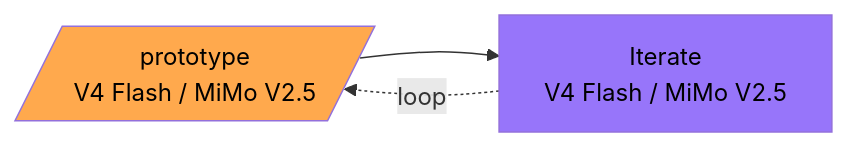
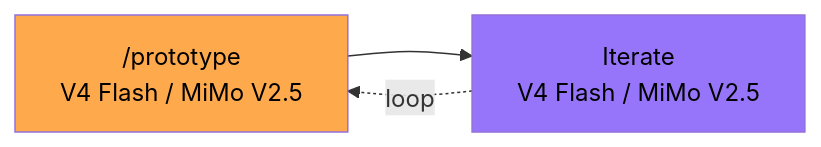
One commit to elisharkray1030/ai-coding-workflow changed the fifth of 5 diagrams in README.md. Above: the diagram before and after it, drawn with Mermaid. The commit also changed other lines of this file, not shown here.

````diff
--- a/README.md
+++ b/README.md
@@ -122,11 +122,11 @@
 ```mermaid
 graph LR
-    PR[/prototype<br/>V4 Flash / MiMo V2.5/] --> IT[Iterate<br/>V4 Flash / MiMo V2.5]
+    PR[ /prototype<br/>V4 Flash / MiMo V2.5] --> IT[Iterate<br/>V4 Flash / MiMo V2.5]
     IT -.->|loop| PR
 
     classDef orange fill:#ffa94d,color:#000
     classDef purple fill:#9775fa,color:#000
 
     class PR orange
     class IT purple
 ```
````
